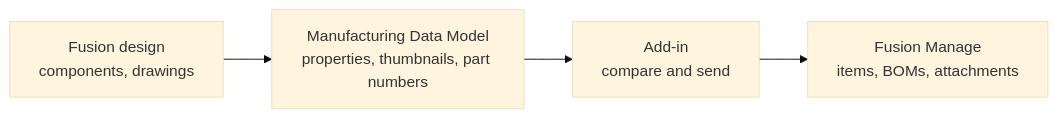
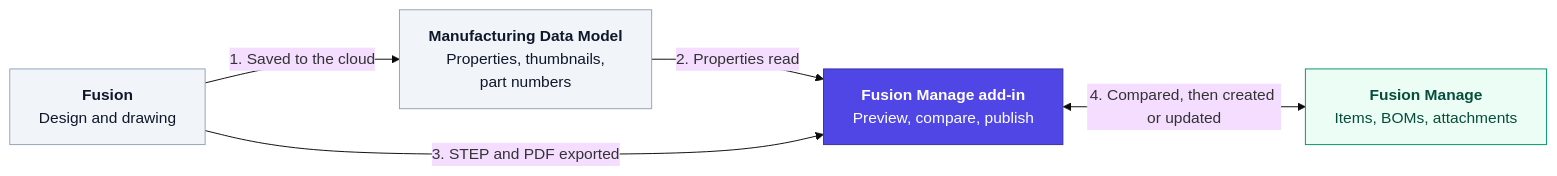
Before and after one commit to AHoop91/FusionToFusionManageAddon: the diagram in docs/01-overview.md, drawn with Mermaid (base theme). The commit also changed other lines of this file and 11 other files, not shown here.

First line of the commit message:
Split the Data Model page from mapping; add workflow, diagrams and defaults

````diff
--- a/docs/01-overview.md
+++ b/docs/01-overview.md
@@ -24,6 +31,19 @@
 ```mermaid
 flowchart LR
-    A["Fusion design<br/>components, drawings"] --> B["Manufacturing Data Model<br/>properties, thumbnails, part numbers"]
-    B --> C["Add-in<br/>compare and send"]
-    C --> D["Fusion Manage<br/>items, BOMs, attachments"]
+    DESIGN["<b>Fusion</b><br/>Design and drawing"]
+    MDM["<b>Manufacturing Data Model</b><br/>Properties, thumbnails,<br/>part numbers"]
+    ADDIN["<b>Fusion Manage add-in</b><br/>Preview, compare, publish"]
+    FM["<b>Fusion Manage</b><br/>Items, BOMs, attachments"]
+
+    DESIGN -->|"1. Saved to the cloud"| MDM
+    MDM -->|"2. Properties read"| ADDIN
+    DESIGN -->|"3. STEP and PDF exported"| ADDIN
+    ADDIN <-->|"4. Compared, then created or updated"| FM
+
+    classDef source fill:#f1f5f9,stroke:#94a3b8,color:#0f172a
+    classDef addin fill:#4f46e5,stroke:#3730a3,color:#ffffff
+    classDef target fill:#ecfdf5,stroke:#059669,color:#064e3b
+    class DESIGN,MDM source
+    class ADDIN addin
+    class FM target
 ```
````
